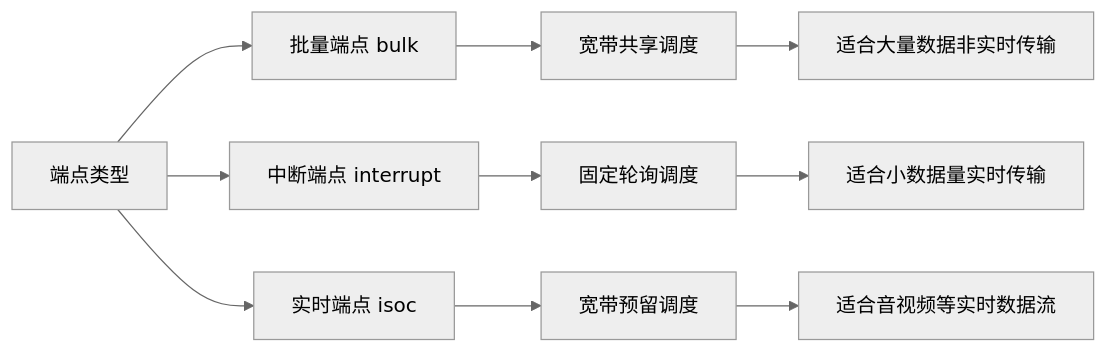
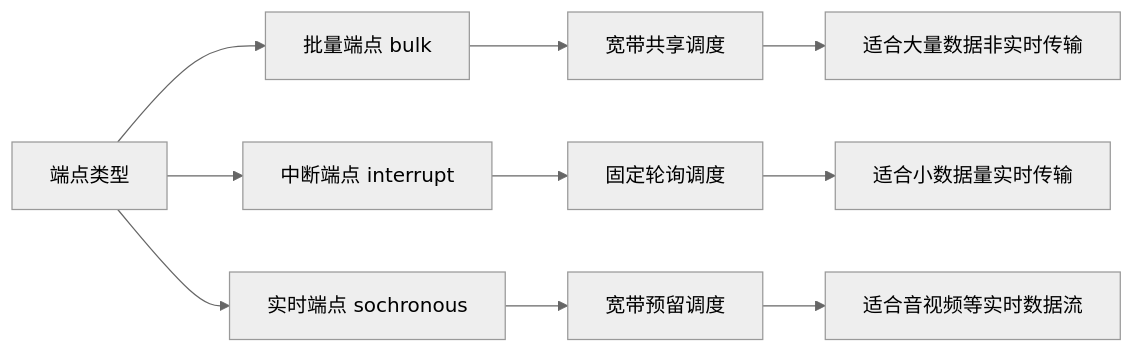
The second of 2 diagrams in zh-cn/application-dev/reference/apis-basic-services-kit/js-apis-usbManager.md (openharmony-rs/openharmony-docs), drawn with Mermaid (neutral theme) before and after one commit. The commit also changed other lines of this file, not shown here.

````diff
--- a/zh-cn/application-dev/reference/apis-basic-services-kit/js-apis-usbManager.md
+++ b/zh-cn/application-dev/reference/apis-basic-services-kit/js-apis-usbManager.md
@@ -1491,12 +1546,12 @@
 ```mermaid
 graph LR
     A[端点类型] --> B[批量端点 bulk]
     A --> C[中断端点 interrupt]
-    A --> D[实时端点 isoc]
+    A --> D[实时端点 sochronous]
     B --> B1[宽带共享调度]
     B1 --> B2[适合大量数据非实时传输]
     C --> C1[固定轮询调度]
     C1 --> C2[适合小数据量实时传输]
     D --> D1[宽带预留调度]
     D1 --> D2[适合音视频等实时数据流]
 ```
````
